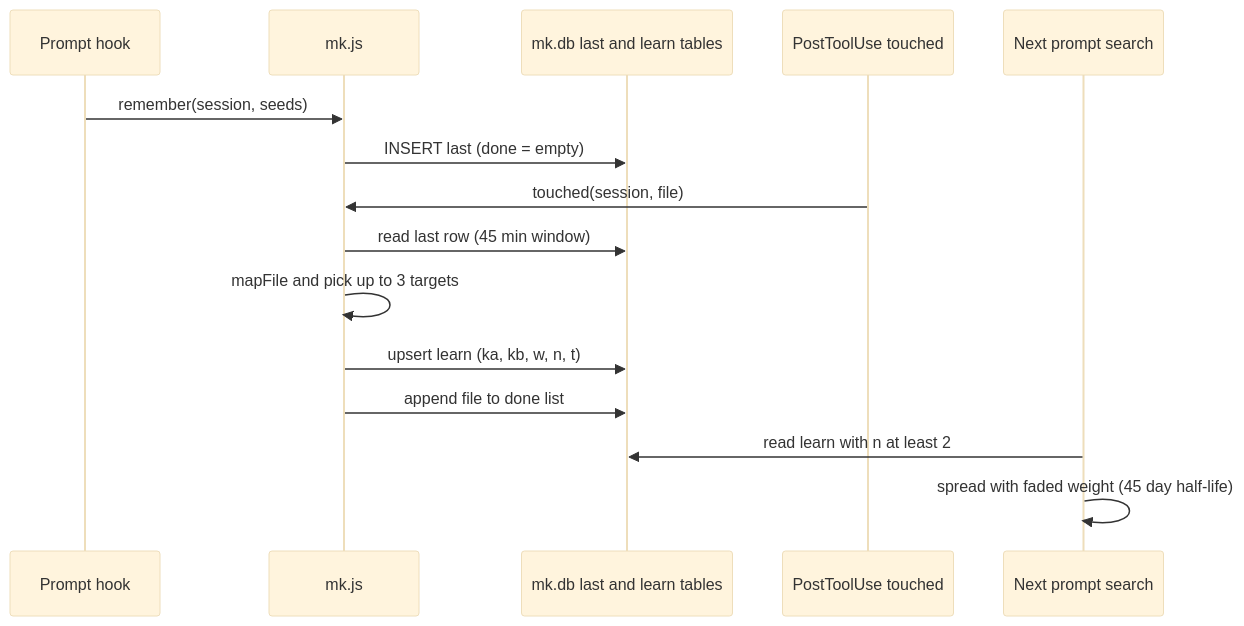
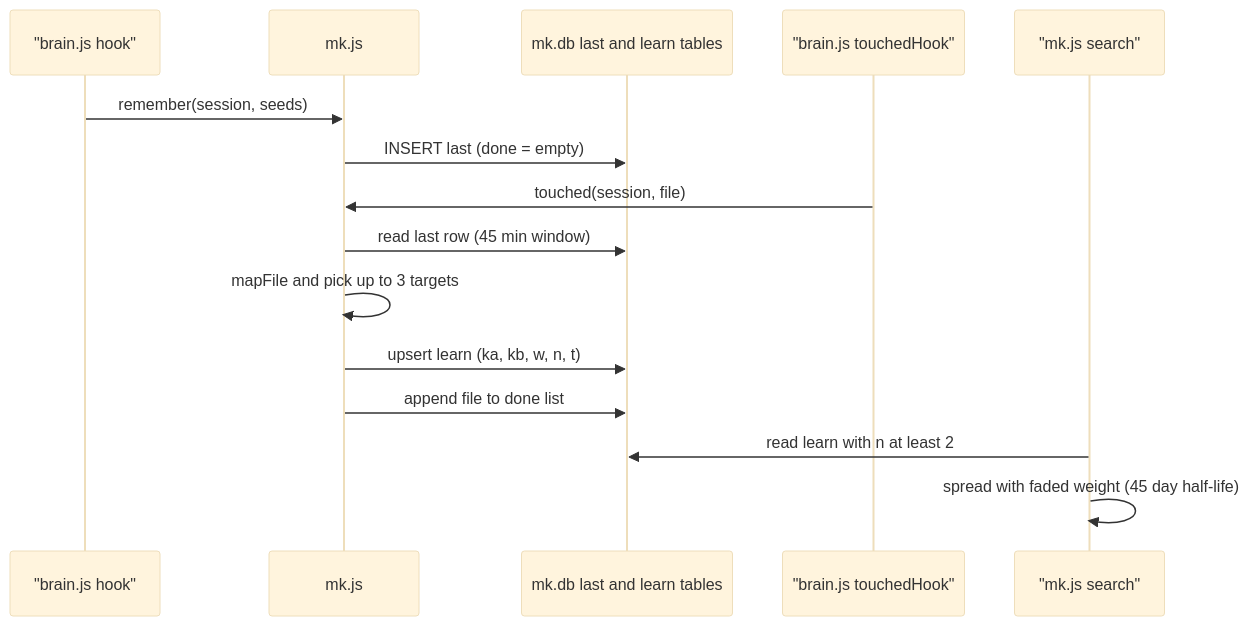
One commit to ThanhNVan/gabriel-plugin changed the diagram in repo-docs/business/workflows/W05-learning-from-use.md. Above: the diagram before and after it, drawn with Mermaid (base theme). The commit also changed other lines of this file and 12 other files, not shown here.

````diff
--- a/repo-docs/business/workflows/W05-learning-from-use.md
+++ b/repo-docs/business/workflows/W05-learning-from-use.md
@@ -23,17 +27,17 @@
 ```mermaid
 sequenceDiagram
-  participant W as Prompt hook
+  participant W as "brain.js hook"
   participant MK as mk.js
   participant DB as mk.db last and learn tables
-  participant T as PostToolUse touched
-  participant S as Next prompt search
+  participant T as "brain.js touchedHook"
+  participant S as "mk.js search"
   W->>MK: remember(session, seeds)
   MK->>DB: INSERT last (done = empty)
   T->>MK: touched(session, file)
   MK->>DB: read last row (45 min window)
   MK->>MK: mapFile and pick up to 3 targets
   MK->>DB: upsert learn (ka, kb, w, n, t)
   MK->>DB: append file to done list
   S->>DB: read learn with n at least 2
   S->>S: spread with faded weight (45 day half-life)
 ```
````
